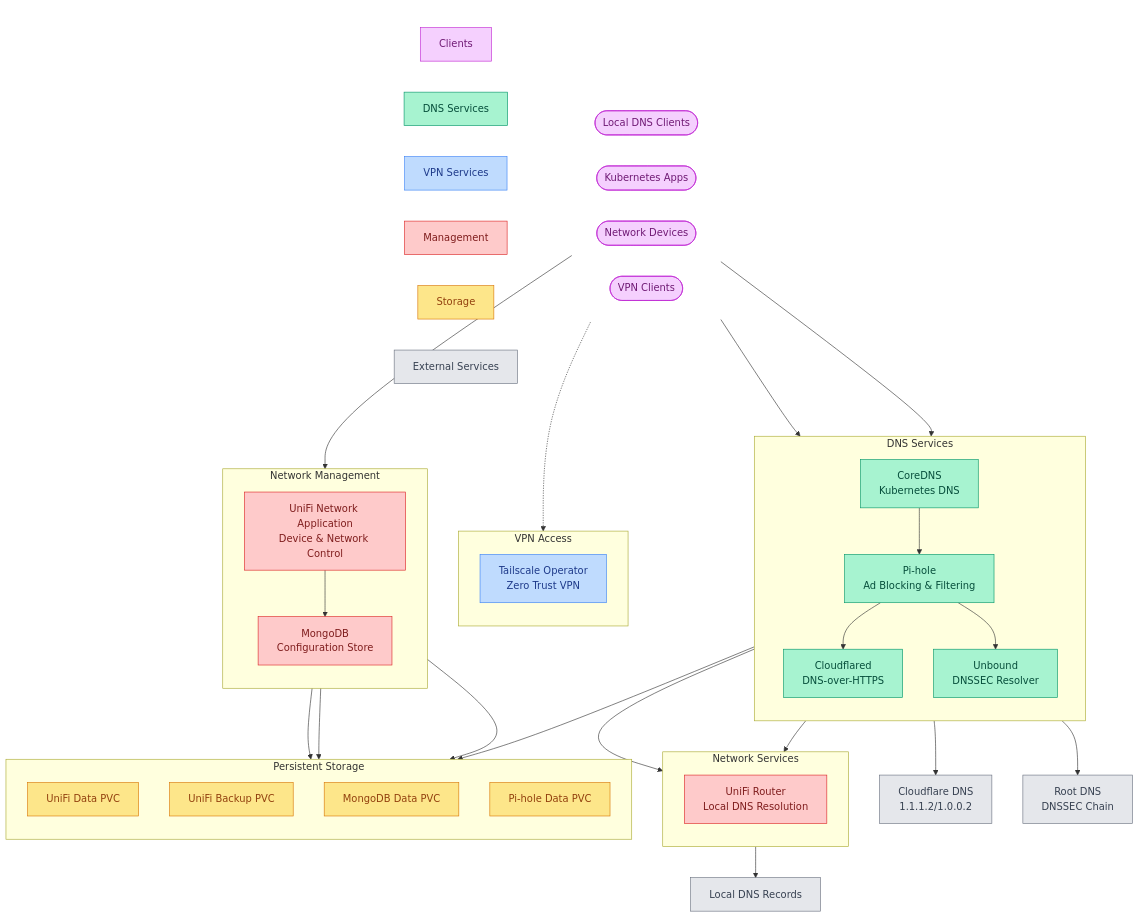
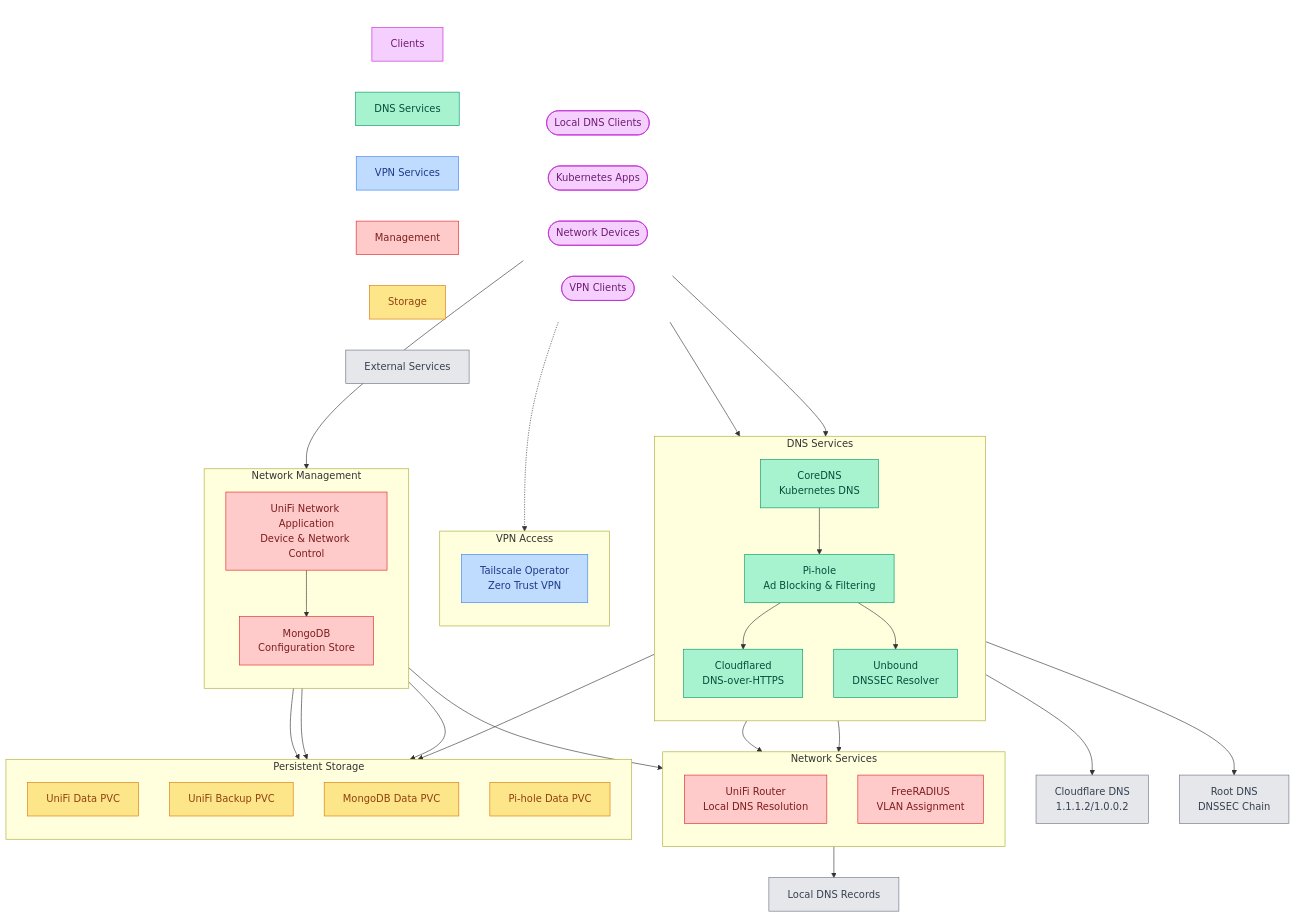
The diagram in infrastructure/subsystems/networking-extra/README.md (ppat/homelab-ops-kubernetes-apps), drawn with Mermaid before and after one commit. The commit also changed other lines of this file and 19 other files, not shown here.

```diff
--- a/infrastructure/subsystems/networking-extra/README.md
+++ b/infrastructure/subsystems/networking-extra/README.md
@@ -93,6 +103,7 @@
     subgraph network["Network Services"]
         direction TB
         unifi-router["UniFi Router<br/>Local DNS Resolution"]:::mgmt
+        freeradius["FreeRADIUS<br/>VLAN Assignment"]:::mgmt
     end
 
     %% VPN Components
@@ -137,6 +148,7 @@
     unifi --> mongodb
     unifi --> unifi-data
     unifi --> unifi-backup
+    unifi --> freeradius
 
     %% MongoDB Storage
     mongodb --> mongodb-data
```
